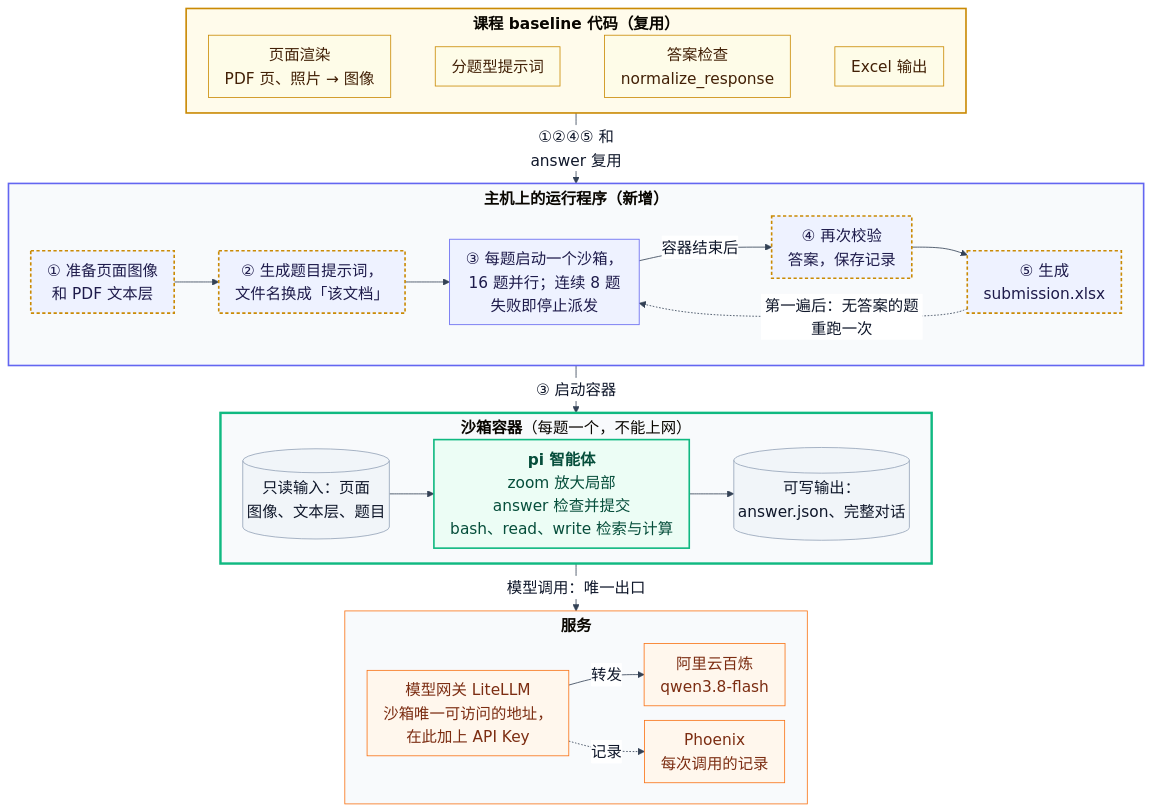
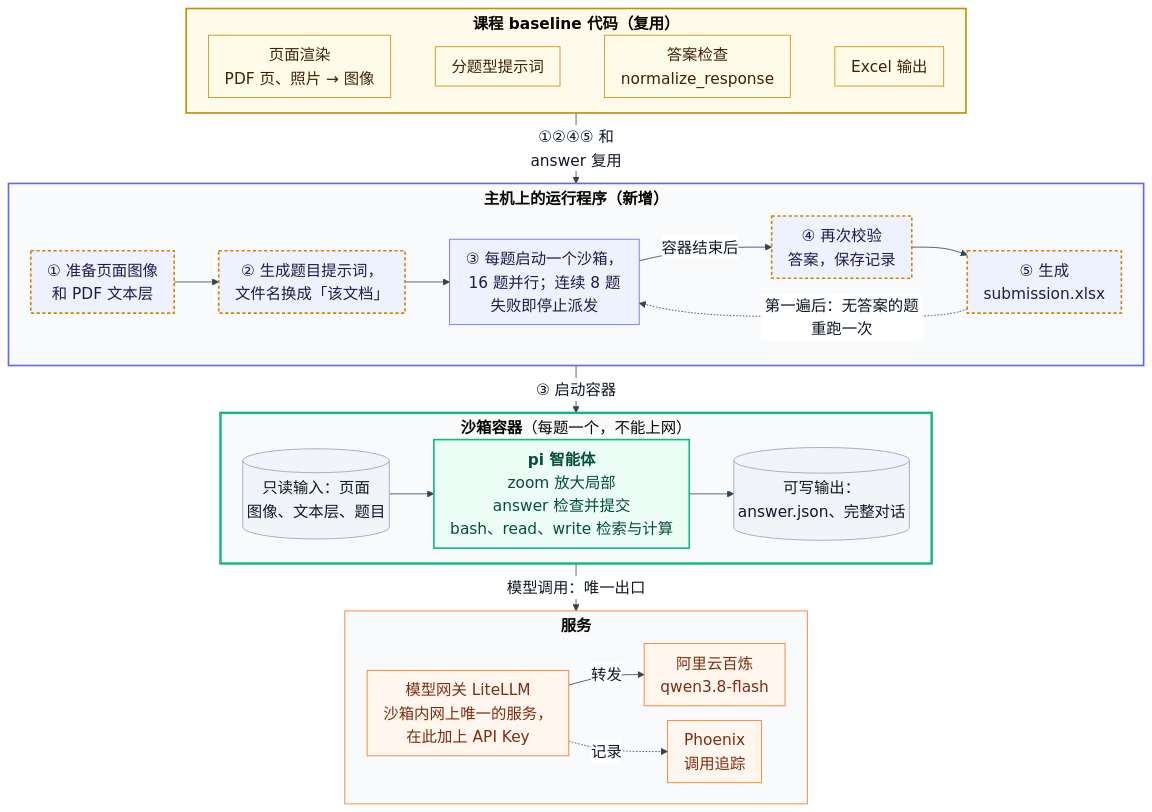
Before and after one commit to eric15342335/AIFep-FDU.github.io: the diagram in docs/diagrams/zh-architecture.mmd, drawn with Mermaid. The commit also changed 9 other files, not shown here.

```diff
--- a/docs/diagrams/zh-architecture.mmd
+++ b/docs/diagrams/zh-architecture.mmd
@@ -1,45 +1,45 @@
 %%{init: {"theme": "base", "themeVariables": {"fontSize": "19px", "lineColor": "#334155", "primaryTextColor": "#0f172a", "edgeLabelBackground": "#ffffff"}, "flowchart": {"nodeSpacing": 18, "rankSpacing": 30, "padding": 10, "wrappingWidth": 300, "subGraphTitleMargin": {"top": 4, "bottom": 10}}}}%%
 %% Compact Chinese version of architecture.mmd for the course report (docs/report/report.md).
 flowchart TB
     subgraph BASE["<b>课程 baseline 代码（复用）</b>"]
         direction LR
         render["页面渲染<br/>PDF 页、照片 → 图像"] ~~~ prompts["分题型提示词"] ~~~ checker["答案检查<br/>normalize_response"] ~~~ writer["Excel 输出"]
     end
 
     subgraph HOST["<b>主机上的运行程序（新增）</b>"]
         direction LR
         prep["① 准备页面图像<br/>和 PDF 文本层"] --> task["② 生成题目提示词，<br/>文件名换成「该文档」"] --> start["③ 每题启动一个沙箱，<br/>16 题并行；连续 8 题<br/>失败即停止派发"] -- "容器结束后" --> check["④ 再次校验<br/>答案，保存记录"] --> out["⑤ 生成<br/>submission.xlsx"]
         out -. "第一遍后：无答案的题重跑一次" .-> start
     end
 
     subgraph BOX["<b>沙箱容器</b>（每题一个，不能上网）"]
         direction LR
         input[("只读输入：页面<br/>图像、文本层、题目")] --> agent["<b>pi 智能体</b><br/>zoom 放大局部<br/>answer 检查并提交<br/>bash、read、write 检索与计算"] --> output[("可写输出：<br/>answer.json、完整对话")]
     end
 
     subgraph SVC["<b>服务</b>"]
         direction LR
-        gw["模型网关 LiteLLM<br/>沙箱唯一可访问的地址，<br/>在此加上 API Key"] -- "转发" --> model["阿里云百炼<br/>qwen3.8-flash"]
-        gw -. "记录" .-> trace["Phoenix<br/>每次调用的记录"]
+        gw["模型网关 LiteLLM<br/>沙箱内网上唯一的服务，<br/>在此加上 API Key"] -- "转发" --> model["阿里云百炼<br/>qwen3.8-flash"]
+        gw -. "记录" .-> trace["Phoenix<br/>调用追踪"]
     end
 
     BASE -- "①②④⑤ 和<br/>answer 复用" --> HOST
     HOST -- "③ 启动容器" --> BOX
     BOX -- "模型调用：唯一出口" --> SVC
 
     classDef base fill:#fefce8,stroke:#ca8a04,color:#422006
     classDef host fill:#eef2ff,stroke:#6366f1,color:#1e1b4b
     classDef usesBase fill:#eef2ff,stroke:#ca8a04,color:#1e1b4b,stroke-width:2px,stroke-dasharray:4 3
     classDef box fill:#ecfdf5,stroke:#10b981,color:#064e3b,stroke-width:2px
     classDef folder fill:#f1f5f9,stroke:#94a3b8,color:#0f172a
     classDef ext fill:#fff7ed,stroke:#f97316,color:#7c2d12
     class render,prompts,checker,writer base
     class start host
     class prep,task,check,out usesBase
     class agent box
     class input,output folder
     class gw,model,trace ext
     style BASE fill:#fffbeb,stroke:#ca8a04,stroke-width:2px
     style HOST fill:#f8fafc,stroke:#6366f1,stroke-width:2px
     style BOX fill:#f8fafc,stroke:#10b981,stroke-width:3px
     style SVC fill:#f8fafc,stroke:#f97316
```
